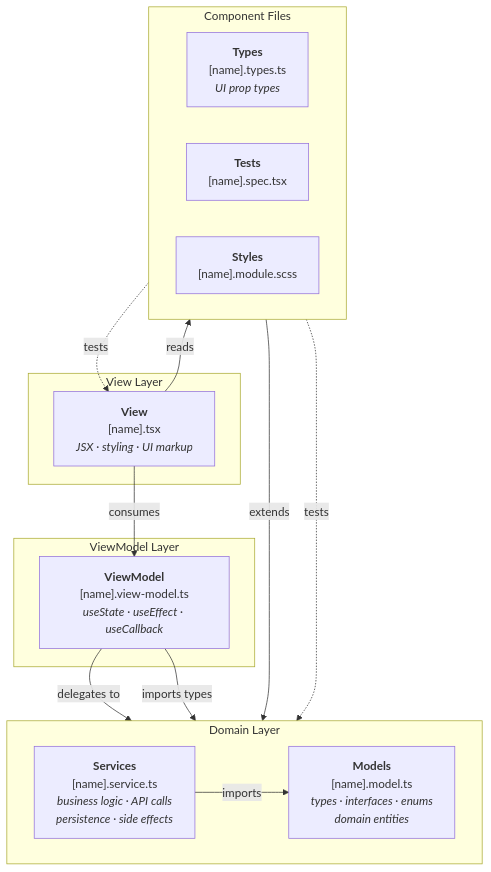
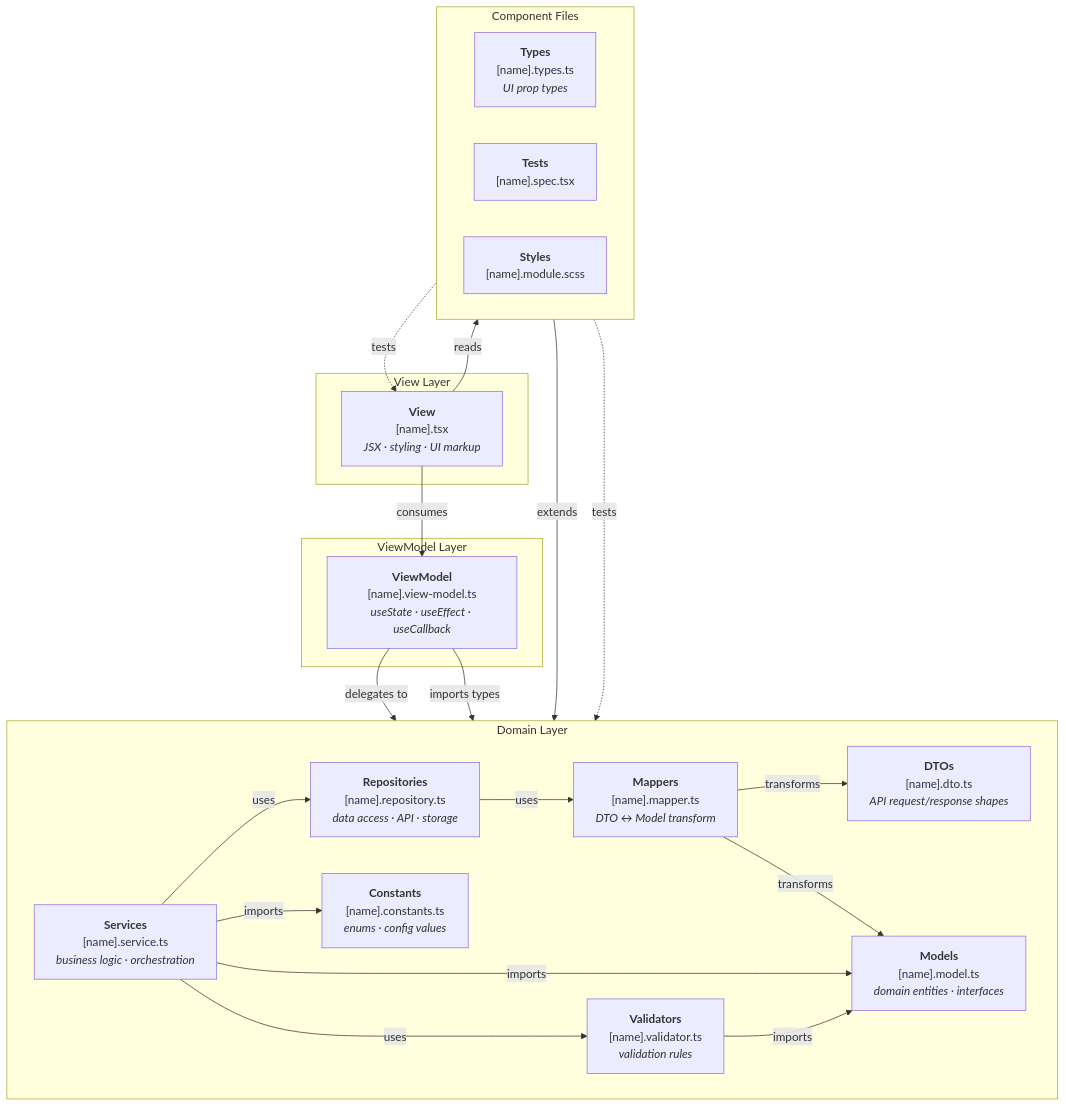
The first of 3 diagrams in docs/domain-layer.md (luciancaetano/startercraft), drawn with Mermaid before and after one commit. The commit also changed other lines of this file and 7 other files, not shown here.

Commit message:
docs: :memo: update Copilot instructions and domain layer documentation; add new architecture details and project overview

````diff
--- a/docs/domain-layer.md
+++ b/docs/domain-layer.md
@@ -9,32 +9,44 @@
 ```mermaid
 graph TB
   subgraph View Layer
     V["<b>View</b><br/>[name].tsx<br/><i>JSX · styling · UI markup</i>"]
   end
 
   subgraph ViewModel Layer
     VM["<b>ViewModel</b><br/>[name].view-model.ts<br/><i>useState · useEffect · useCallback</i>"]
   end
 
   subgraph Domain Layer
     direction LR
-    S["<b>Services</b><br/>[name].service.ts<br/><i>business logic · API calls<br/>persistence · side effects</i>"]
-    M["<b>Models</b><br/>[name].model.ts<br/><i>types · interfaces · enums<br/>domain entities</i>"]
+    S["<b>Services</b><br/>[name].service.ts<br/><i>business logic · orchestration</i>"]
+    R["<b>Repositories</b><br/>[name].repository.ts<br/><i>data access · API · storage</i>"]
+    VAL["<b>Validators</b><br/>[name].validator.ts<br/><i>validation rules</i>"]
+    MAP["<b>Mappers</b><br/>[name].mapper.ts<br/><i>DTO ↔ Model transform</i>"]
+    DTO["<b>DTOs</b><br/>[name].dto.ts<br/><i>API request/response shapes</i>"]
+    C["<b>Constants</b><br/>[name].constants.ts<br/><i>enums · config values</i>"]
+    M["<b>Models</b><br/>[name].model.ts<br/><i>domain entities · interfaces</i>"]
+    S -->|uses| R
+    S -->|uses| VAL
+    R -->|uses| MAP
+    MAP -->|transforms| DTO
+    MAP -->|transforms| M
     S -->|imports| M
+    S -->|imports| C
+    VAL -->|imports| M
   end
 
   subgraph Component Files
     direction LR
     T["<b>Types</b><br/>[name].types.ts<br/><i>UI prop types</i>"]
     SPEC["<b>Tests</b><br/>[name].spec.tsx"]
     SCSS["<b>Styles</b><br/>[name].module.scss"]
   end
 
   V -->|consumes| VM
   V -->|reads| T
   VM -->|delegates to| S
   VM -->|imports types| M
   T -->|extends| M
   SPEC -.->|tests| V
   SPEC -.->|tests| S
 ```
````
